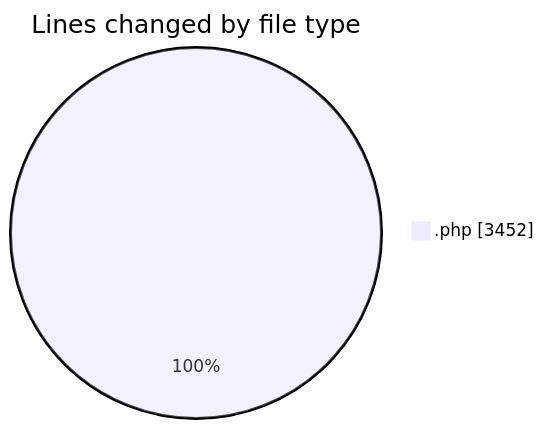
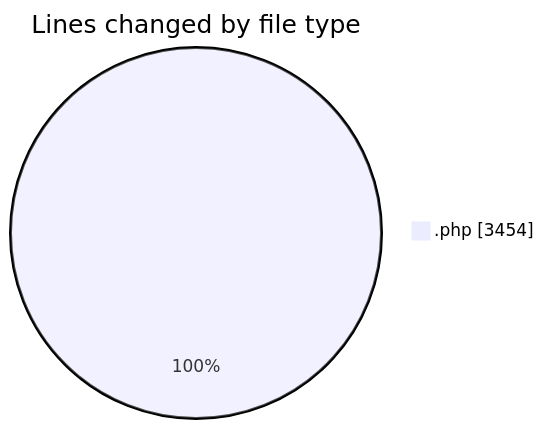
One commit to debugP/code-tracking changed the first of 2 diagrams in 2025-10-21/untitled__workspace_/README.md. Above: the diagram before and after it, drawn with Mermaid. The commit also changed other lines of this file and 1 other file, not shown here.

````diff
--- a/2025-10-21/untitled__workspace_/README.md
+++ b/2025-10-21/untitled__workspace_/README.md
@@ -20,5 +20,5 @@
 ```mermaid
 pie showData
 title Lines changed by file type
-".php" : 3452
+".php" : 3454
 ```
````
